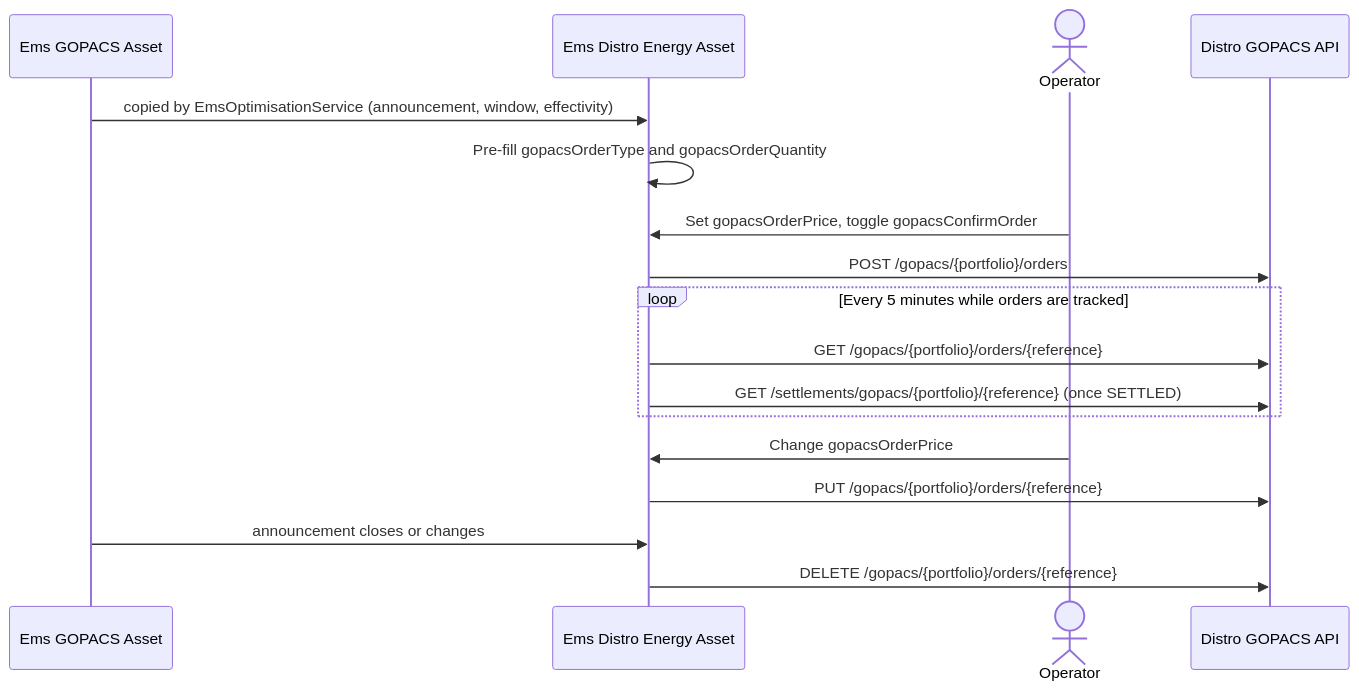
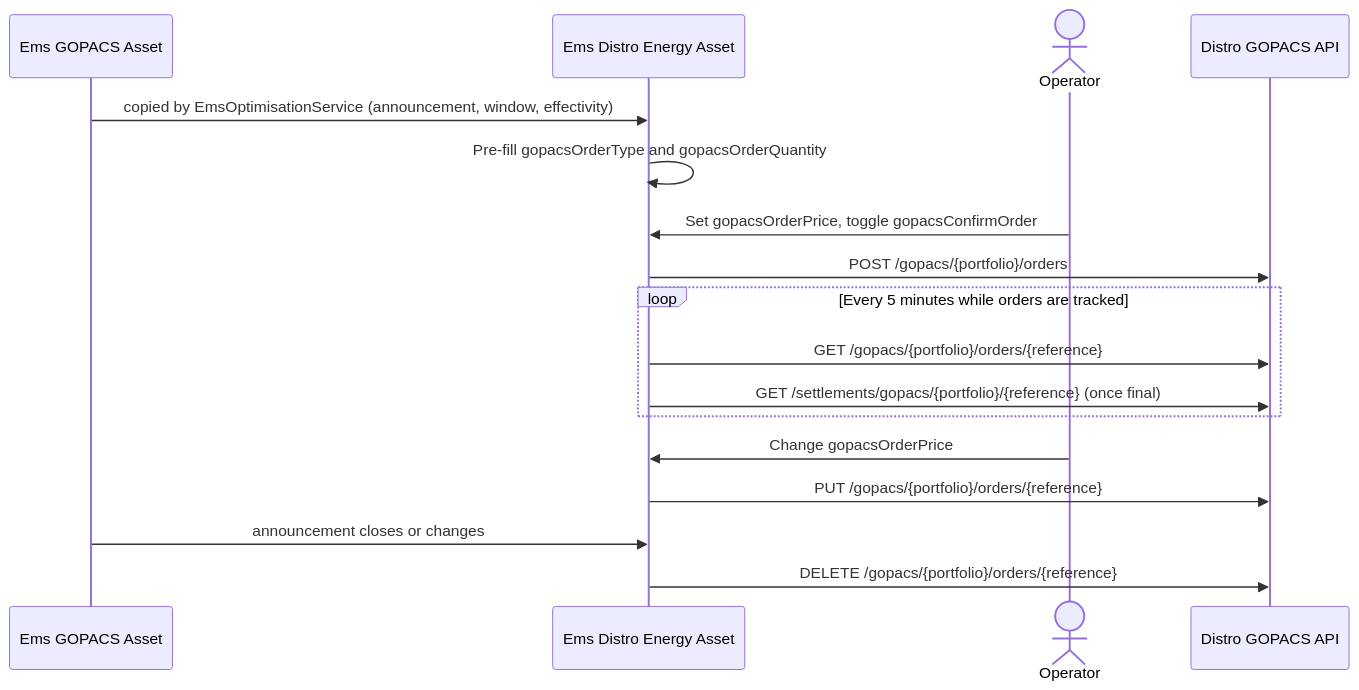
Before and after one commit to openremote/extensions: the second of 2 diagrams in ems/docs/DistroEnergyIntegration.md, drawn with Mermaid. The commit also changed other lines of this file, not shown here.

First line of the commit message:
Bring the Distro GOPACS guide in line with the order handler

````diff
--- a/ems/docs/DistroEnergyIntegration.md
+++ b/ems/docs/DistroEnergyIntegration.md
@@ -225,20 +226,20 @@
 ```mermaid
 sequenceDiagram
     participant G as Ems GOPACS Asset
     participant D as Ems Distro Energy Asset
     actor Op as Operator
     participant API as Distro GOPACS API
 
     G->>D: copied by EmsOptimisationService (announcement, window, effectivity)
     D->>D: Pre-fill gopacsOrderType and gopacsOrderQuantity
     Op->>D: Set gopacsOrderPrice, toggle gopacsConfirmOrder
     D->>API: POST /gopacs/{portfolio}/orders
     loop Every 5 minutes while orders are tracked
         D->>API: GET /gopacs/{portfolio}/orders/{reference}
-        D->>API: GET /settlements/gopacs/{portfolio}/{reference} (once SETTLED)
+        D->>API: GET /settlements/gopacs/{portfolio}/{reference} (once final)
     end
     Op->>D: Change gopacsOrderPrice
     D->>API: PUT /gopacs/{portfolio}/orders/{reference}
     G->>D: announcement closes or changes
     D->>API: DELETE /gopacs/{portfolio}/orders/{reference}
 ```
````
